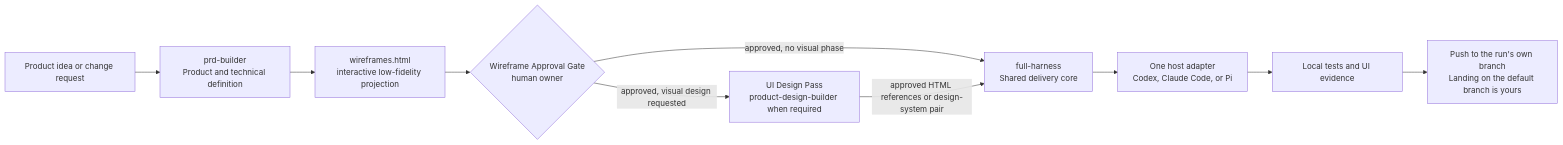
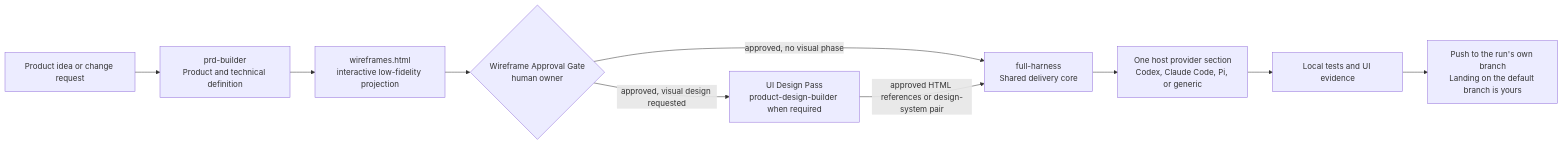
Before and after one commit to Phlegonlabs/product-delivery-harness: the first of 2 diagrams in README.md, drawn with Mermaid. The commit also changed other lines of this file and 53 other files, not shown here.

First line of the commit message:
feat(harness): probe reviewer tools and merge runtime adapters

````diff
--- a/README.md
+++ b/README.md
@@ -68,12 +65,12 @@
 ```mermaid
 flowchart LR
   Idea["Product idea or change request"] --> PRD["prd-builder\nProduct and technical definition"]
   PRD --> Wireframe["wireframes.html\ninteractive low-fidelity projection"]
   Wireframe --> Gate{"Wireframe Approval Gate\nhuman owner"}
   Gate -->|"approved, visual design requested"| Design["UI Design Pass\nproduct-design-builder when required"]
   Gate -->|"approved, no visual phase"| Harness["full-harness\nShared delivery core"]
   Design -->|"approved HTML references or design-system pair"| Harness
-  Harness --> Runtime["One host adapter\nCodex, Claude Code, or Pi"]
+  Harness --> Runtime["One host provider section\nCodex, Claude Code, Pi, or generic"]
   Runtime --> Evidence["Local tests and UI evidence"]
   Evidence --> Push["Push to the run's own branch\nLanding on the default branch is yours"]
 ```
````
